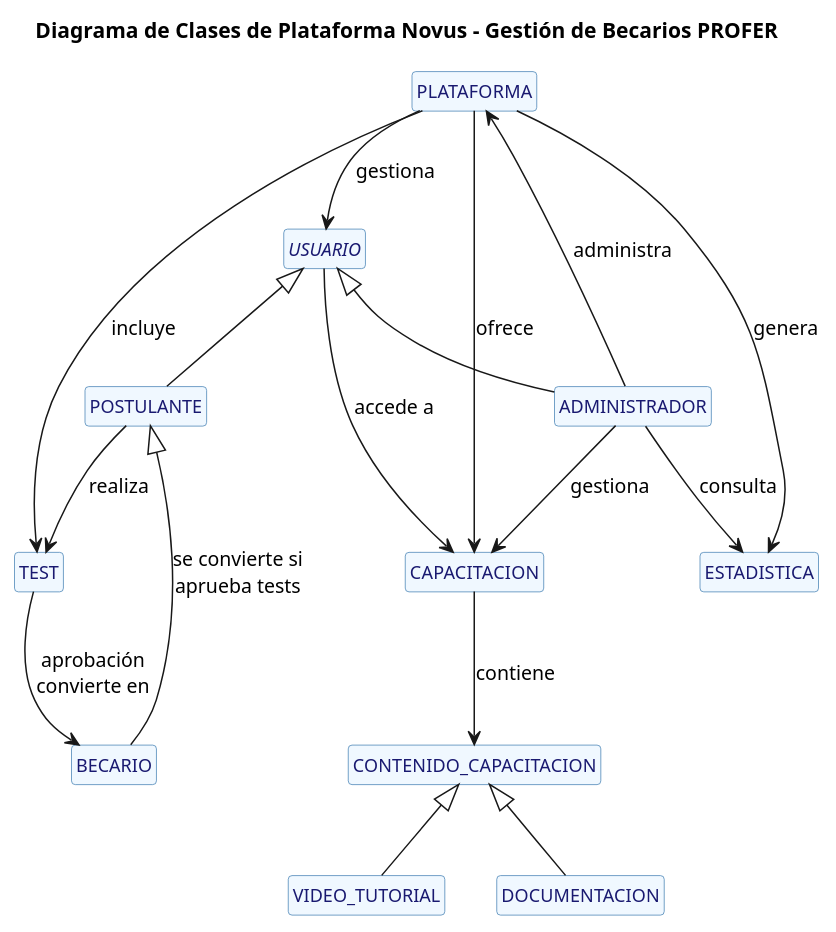
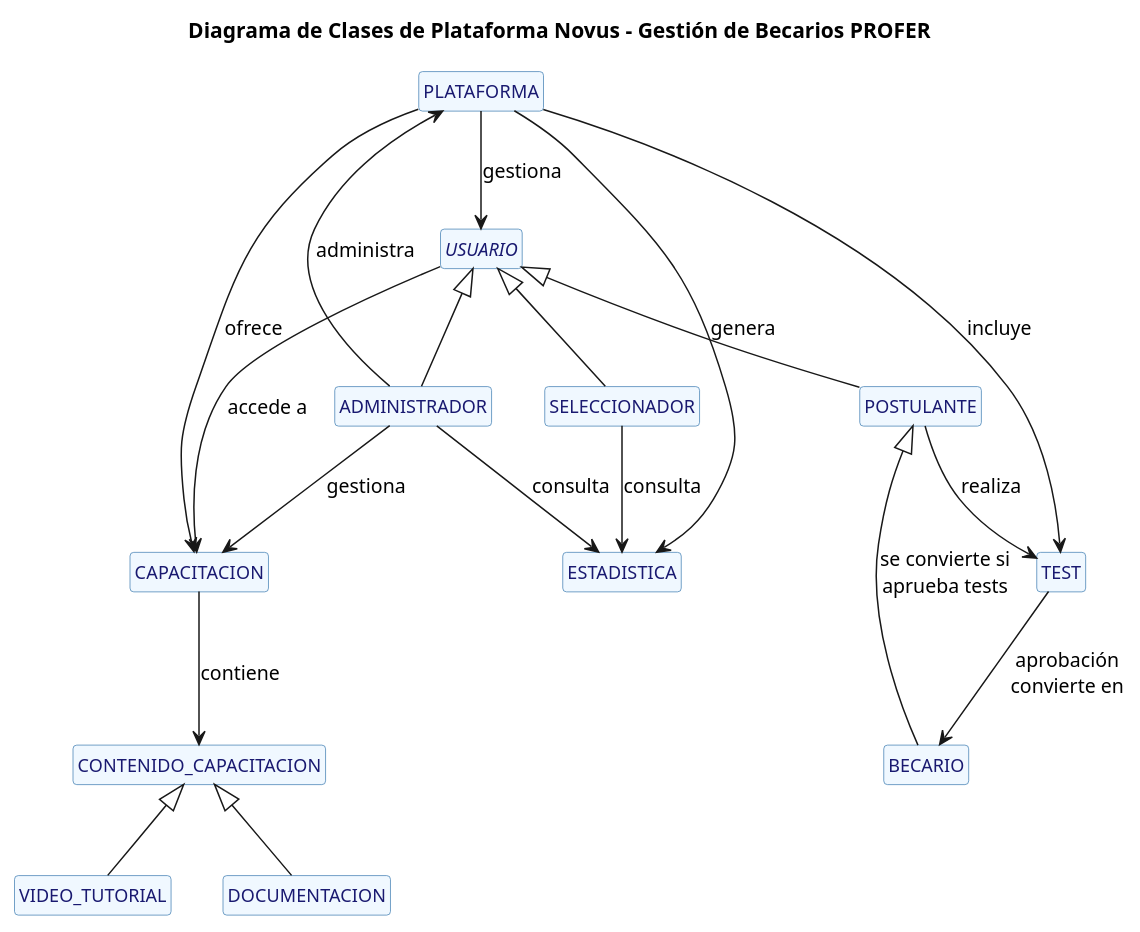
Before and after one commit to Dievex/24-25-IdSw1-SDR: the diagram in modelo_del_dominio/diagramas_de_clases/clases.puml, drawn with PlantUML. The commit also changed 125 other files, not shown here.

```diff
--- a/modelo_del_dominio/diagramas_de_clases/clases.puml
+++ b/modelo_del_dominio/diagramas_de_clases/clases.puml
@@ -1,80 +1,87 @@
 @startuml Diagrama_de_Clases_Novus
 hide circles
 hide empty members
 title Diagrama de Clases de Plataforma Novus - Gestión de Becarios PROFER
 
 skinparam {
     ClassBackgroundColor #f0f8ff
     ClassBorderColor #4682b4
     ClassFontColor #000000
     ClassFontSize 14
     ClassAttributeFontColor #191970
     ClassAttributeFontSize 12
 }
 ' Definición de clases principales
 
 class PLATAFORMA {
 
 }
 
 abstract class USUARIO {
 }
 
 class POSTULANTE {
 }
 
 class BECARIO {
 
 }
 
 class ADMINISTRADOR {
 
 }
 
 class TEST {
 
 }
 
 class CAPACITACION {
 
 }
 
 class CONTENIDO_CAPACITACION {
 
 }
 
 class VIDEO_TUTORIAL {
 
 }
 
 class DOCUMENTACION {
 
 }
 
 class ESTADISTICA {
 
 }
 
+class SELECCIONADOR {
+
+}
+
 PLATAFORMA  -->  ESTADISTICA : "genera"
 PLATAFORMA  -->  USUARIO : "gestiona"
 PLATAFORMA  -->  TEST : "incluye"
 PLATAFORMA  -->  CAPACITACION : "ofrece"
 
 USUARIO <|-- ADMINISTRADOR
 USUARIO <|-- POSTULANTE
+USUARIO <|-- SELECCIONADOR
 POSTULANTE <|-- BECARIO : "se convierte si\naprueba tests"
 
 ADMINISTRADOR --> PLATAFORMA : "administra"
 ADMINISTRADOR --> CAPACITACION : "gestiona"
 ADMINISTRADOR --> ESTADISTICA : "consulta"
+
+SELECCIONADOR --> ESTADISTICA : "consulta"
 
 CAPACITACION  -->  CONTENIDO_CAPACITACION : "contiene"
 CONTENIDO_CAPACITACION <|-- VIDEO_TUTORIAL
 CONTENIDO_CAPACITACION <|-- DOCUMENTACION
 
 POSTULANTE -->  TEST : "realiza"
 TEST --> BECARIO : "aprobación\nconvierte en"
 
 USUARIO  -->  CAPACITACION : "accede a"
 
 @enduml
```
